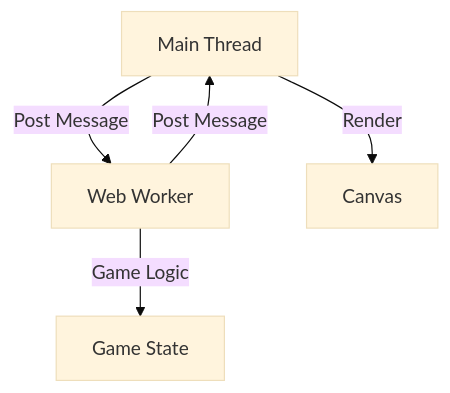
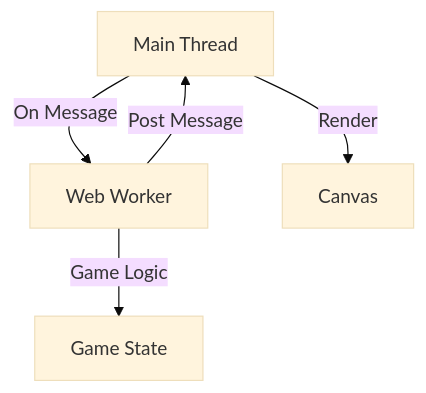
Before and after one commit to Zxce3/pixel-game-sveltekit: the diagram in README.md, drawn with Mermaid (base theme).

````diff
--- a/README.md
+++ b/README.md
@@ -85,7 +85,7 @@
 ```mermaid
 graph TD;
-    A[Main Thread] -->|Post Message| B[Web Worker]
+    A[Main Thread] -->|On Message| B[Web Worker]
     B -->|Post Message| A
     A -->|Render| C[Canvas]
     B -->|Game Logic| D[Game State]
 ```
````
